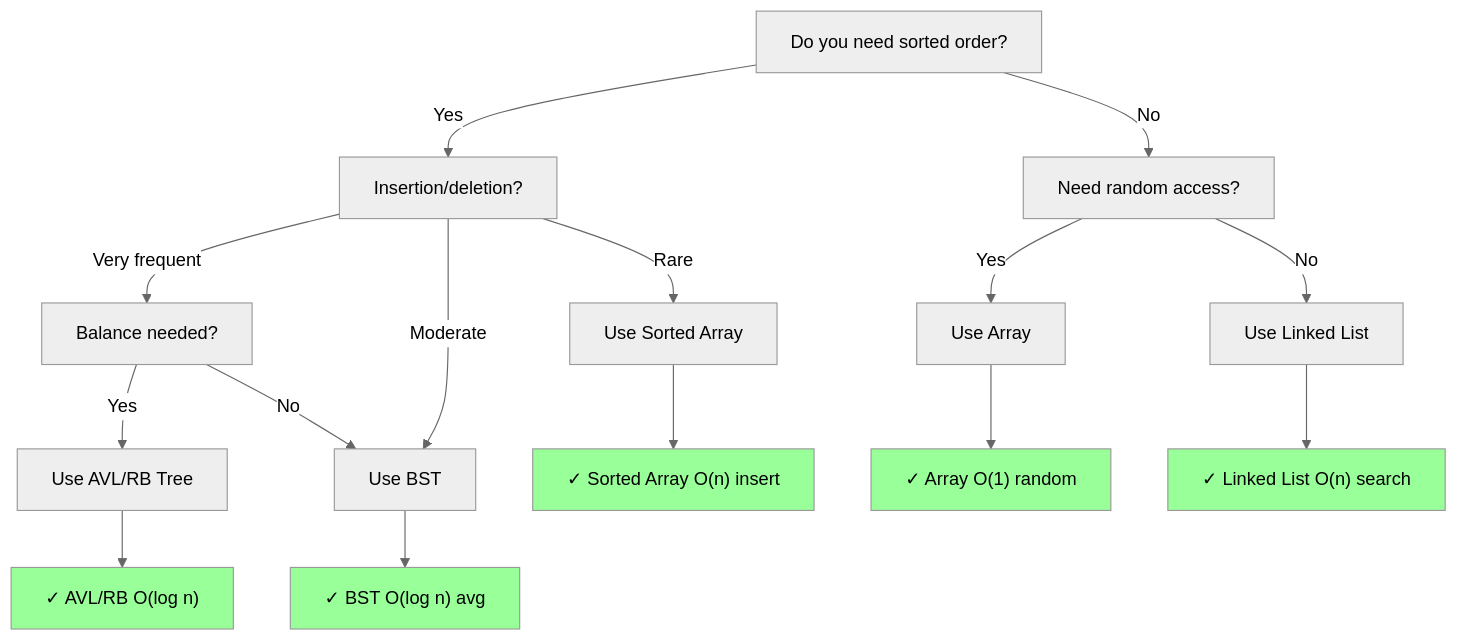
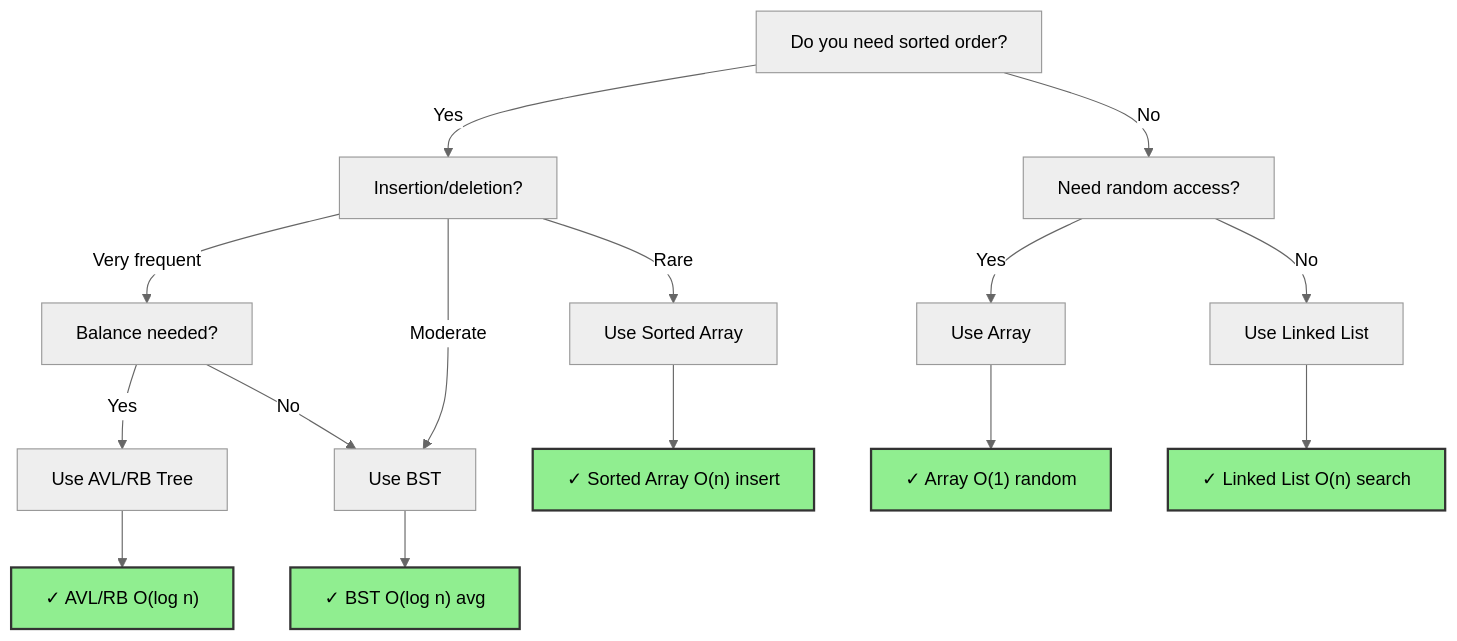
One commit to souradeepta/interviewprep changed the third of 8 diagrams in docs/guides/ds_selection_guide.md. Above: the diagram before and after it, drawn with Mermaid (neutral theme). The commit also changed other lines of this file and 31 other files, not shown here.

Commit message:
updated graphs

````diff
--- a/docs/guides/ds_selection_guide.md
+++ b/docs/guides/ds_selection_guide.md
@@ -241,27 +241,27 @@
 ```mermaid
 graph TD
     A["Do you need sorted order?"] -->|Yes| B["Insertion/deletion?"]
     A -->|No| C["Need random access?"]
     
     B -->|Very frequent| D["Balance needed?"]
     B -->|Moderate| E["Use BST"]
     B -->|Rare| F["Use Sorted Array"]
     
     D -->|Yes| G["Use AVL/RB Tree"]
     D -->|No| E
     
     C -->|Yes| H["Use Array"]
     C -->|No| I["Use Linked List"]
     
     G --> J["✓ AVL/RB O(log n)"]
     E --> K["✓ BST O(log n) avg"]
     F --> L["✓ Sorted Array O(n) insert"]
     H --> M["✓ Array O(1) random"]
     I --> N["✓ Linked List O(n) search"]
     
-    style J fill:#99ff99
-    style K fill:#99ff99
-    style L fill:#99ff99
-    style M fill:#99ff99
-    style N fill:#99ff99
+    style J fill:#90ee90,color:#000,stroke:#333,stroke-width:2px
+    style K fill:#90ee90,color:#000,stroke:#333,stroke-width:2px
+    style L fill:#90ee90,color:#000,stroke:#333,stroke-width:2px
+    style M fill:#90ee90,color:#000,stroke:#333,stroke-width:2px
+    style N fill:#90ee90,color:#000,stroke:#333,stroke-width:2px
 ```
````
